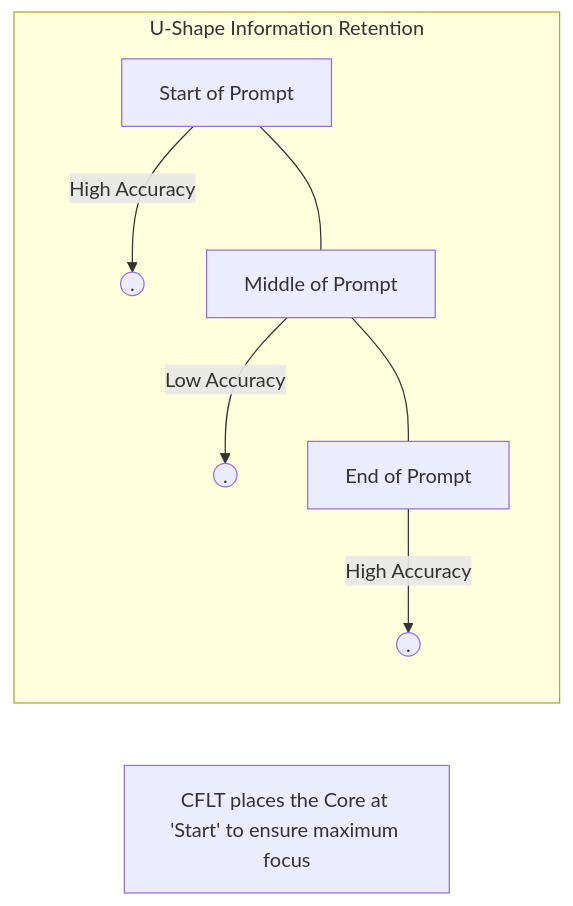
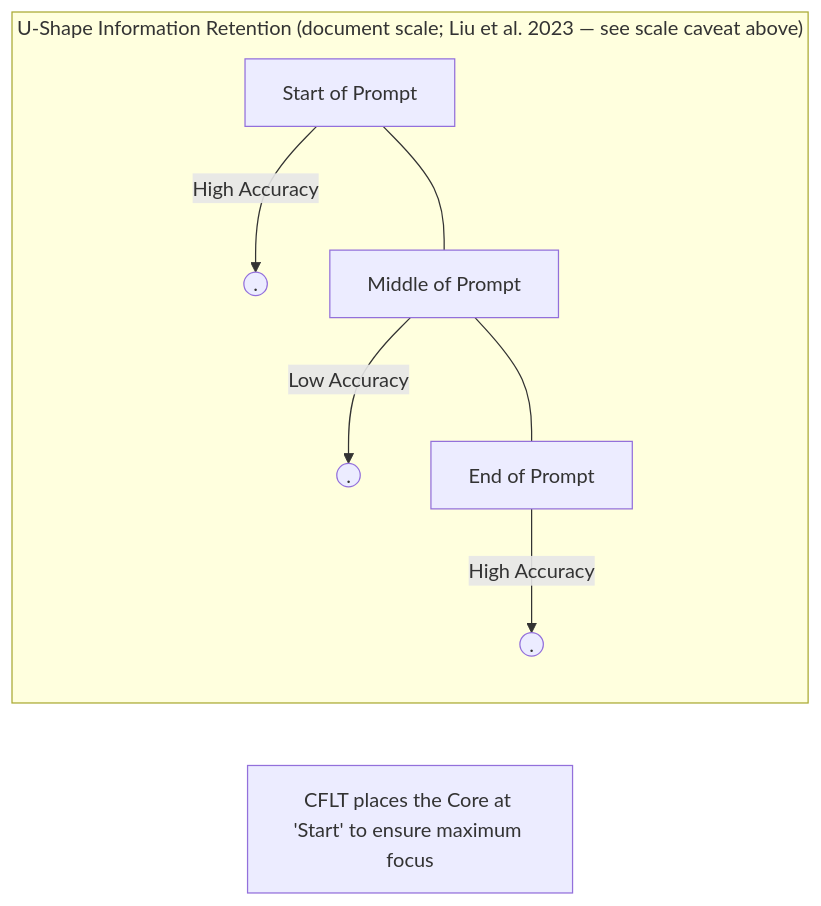
The second of 3 diagrams in docs/en/foundations/llm.md (corefirst/cflt), drawn with Mermaid before and after one commit. The commit also changed 7 other files, not shown here.

````diff
--- a/docs/en/foundations/llm.md
+++ b/docs/en/foundations/llm.md
@@ -82,12 +82,12 @@
 ```mermaid
 graph LR
-    subgraph "U-Shape Information Retention"
+    subgraph "U-Shape Information Retention (document scale; Liu et al. 2023 — see scale caveat above)"
     Start[Start of Prompt] -- "High Accuracy" --> High1((.))
     Middle[Middle of Prompt] -- "Low Accuracy" --> Low((.))
     End[End of Prompt] -- "High Accuracy" --> High2((.))
     end
     
     Start --- Middle --- End
     
     Note[CFLT places the Core at 'Start' to ensure maximum focus]
 ```
````
